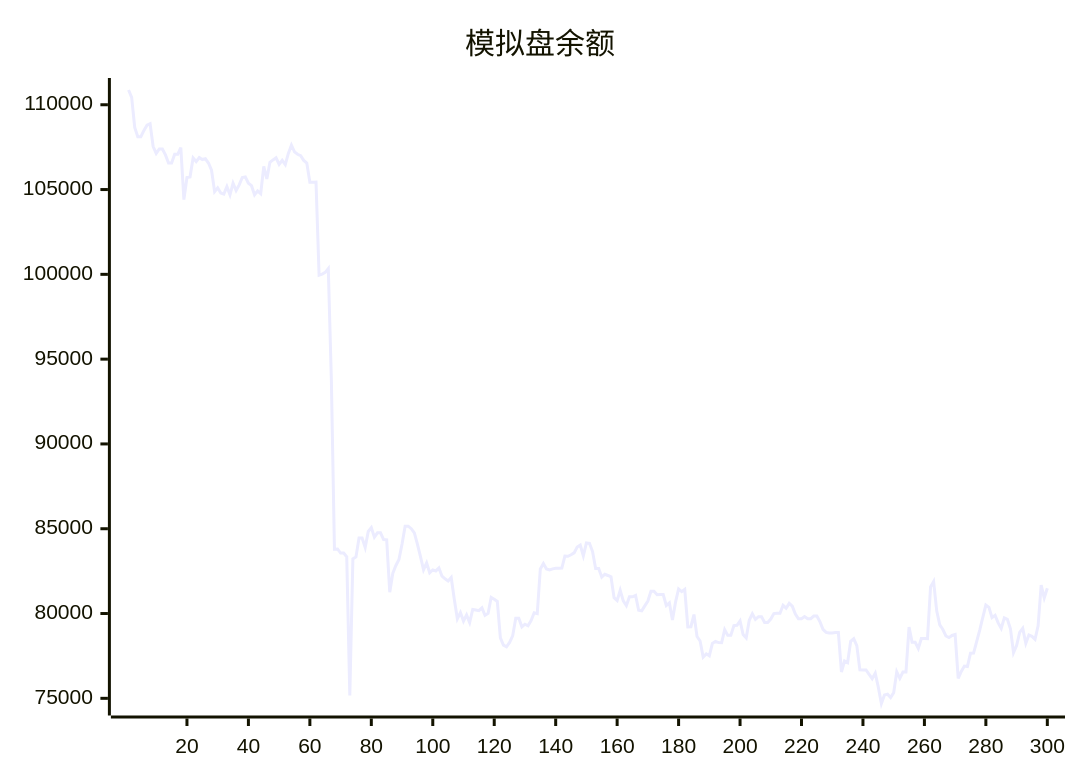
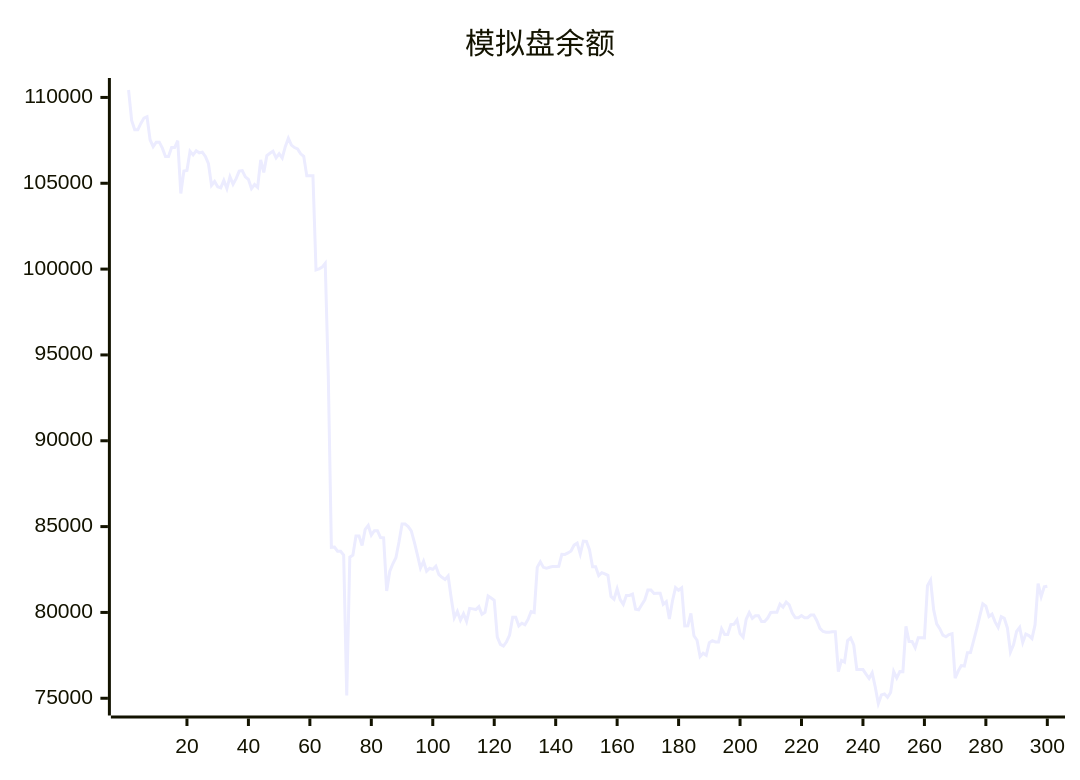
Before and after one commit to aahl/ai-trading: the diagram in README.md, drawn with Mermaid. The commit also changed other lines of this file and 1 other file, not shown here.

````diff
--- a/README.md
+++ b/README.md
@@ -5,5 +5,5 @@
 ```mermaid
 xychart
     title "模拟盘余额"
-    line [110870,110433,108661,108116,108115,108485,108797,108877,107536,107134,107393,107393,107046,106565,106565,107081,107081,107478,104404,105715,105749,106866,106651,106889,106771,106816,106565,106141,104876,105103,104796,104734,105169,104690,105380,104941,105272,105709,105739,105374,105227,104691,104924,104762,106364,105628,106608,106748,106872,106485,106721,106468,107132,107620,107224,107080,107001,106717,106567,105431,105431,105440,99950,100017,100113,100337,93749,83795,83807,83567,83567,83342,75168,83222,83336,84448,84449,83896,84839,85065,84499,84757,84757,84364,84347,81254,82385,82835,83184,84099,85150,85150,85002,84751,84096,83356,82582,82983,82404,82572,82512,82688,82200,82047,81920,82125,80840,79688,80060,79552,79920,79470,80236,80208,80170,80336,79894,80006,80954,80837,80712,78561,78139,78037,78293,78682,79720,79720,79214,79372,79279,79591,80046,79993,82625,82950,82626,82571,82633,82670,82670,82681,83386,83378,83464,83579,83920,84037,83402,84160,84142,83652,82655,82655,82145,82315,82243,82163,80934,80770,81371,80742,80468,80989,80989,81067,80191,80155,80450,80737,81309,81309,81106,81119,81119,80471,80631,79624,80670,81448,81290,81429,79212,79222,79940,78643,78380,77432,77623,77504,78235,78358,78284,78277,79048,78714,78714,79290,79308,79567,78763,78563,79603,79988,79652,79813,79813,79476,79469,79673,79995,80015,80015,80486,80314,80600,80436,79966,79689,79689,79819,79692,79692,79850,79850,79518,79071,78889,78850,78850,78878,78878,76554,77202,77103,78357,78510,78106,76678,76677,76672,76411,76159,76485,75656,74695,75197,75246,75052,75334,76564,76179,76553,76551,79196,78300,78300,77944,78531,78531,78521,81564,81884,80160,79335,79055,78675,78580,78708,78764,76179,76586,76902,76876,77658,77669,78346,79023,79769,80497,80366,79761,79896,79448,79126,79749,79658,79097,77695,78114,78888,79126,78249,78738,78653,78478,79271,81680,80923,81488]
+    line [110433,108661,108116,108115,108485,108797,108877,107536,107134,107393,107393,107046,106565,106565,107081,107081,107478,104404,105715,105749,106866,106651,106889,106771,106816,106565,106141,104876,105103,104796,104734,105169,104690,105380,104941,105272,105709,105739,105374,105227,104691,104924,104762,106364,105628,106608,106748,106872,106485,106721,106468,107132,107620,107224,107080,107001,106717,106567,105431,105431,105440,99950,100017,100113,100337,93749,83795,83807,83567,83567,83342,75168,83222,83336,84448,84449,83896,84839,85065,84499,84757,84757,84364,84347,81254,82385,82835,83184,84099,85150,85150,85002,84751,84096,83356,82582,82983,82404,82572,82512,82688,82200,82047,81920,82125,80840,79688,80060,79552,79920,79470,80236,80208,80170,80336,79894,80006,80954,80837,80712,78561,78139,78037,78293,78682,79720,79720,79214,79372,79279,79591,80046,79993,82625,82950,82626,82571,82633,82670,82670,82681,83386,83378,83464,83579,83920,84037,83402,84160,84142,83652,82655,82655,82145,82315,82243,82163,80934,80770,81371,80742,80468,80989,80989,81067,80191,80155,80450,80737,81309,81309,81106,81119,81119,80471,80631,79624,80670,81448,81290,81429,79212,79222,79940,78643,78380,77432,77623,77504,78235,78358,78284,78277,79048,78714,78714,79290,79308,79567,78763,78563,79603,79988,79652,79813,79813,79476,79469,79673,79995,80015,80015,80486,80314,80600,80436,79966,79689,79689,79819,79692,79692,79850,79850,79518,79071,78889,78850,78850,78878,78878,76554,77202,77103,78357,78510,78106,76678,76677,76672,76411,76159,76485,75656,74695,75197,75246,75052,75334,76564,76179,76553,76551,79196,78300,78300,77944,78531,78531,78521,81564,81884,80160,79335,79055,78675,78580,78708,78764,76179,76586,76902,76876,77658,77669,78346,79023,79769,80497,80366,79761,79896,79448,79126,79749,79658,79097,77695,78114,78888,79126,78249,78738,78653,78478,79271,81680,80923,81488,81527]
 ```
````
